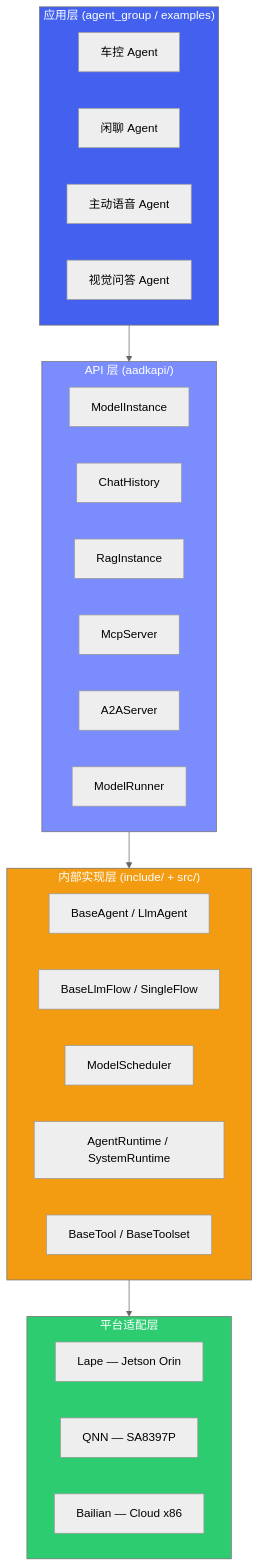
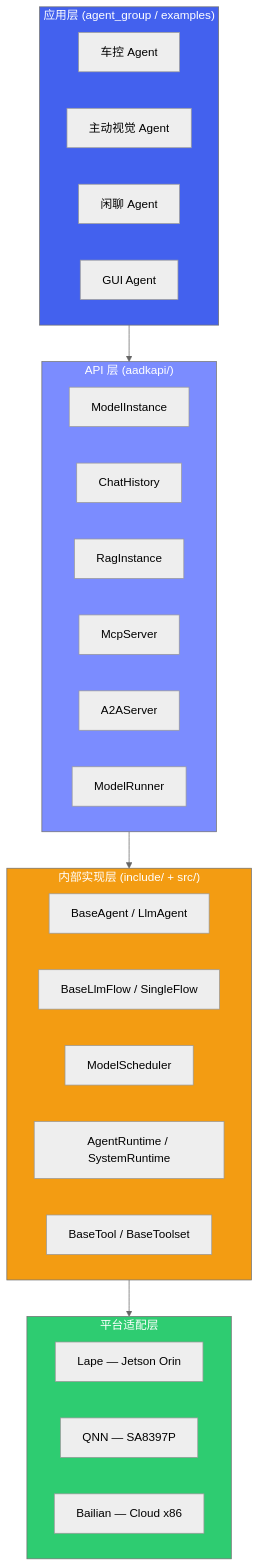
The first of 6 diagrams in cockpit/projects/agent-framework/agent-core.md (ranpin/edge-ai-docs), drawn with Mermaid (neutral theme) before and after one commit. The commit also changed other lines of this file, not shown here.

Commit message:
agent-core §1.1 应用层名目对齐 agent-group，补两篇分工说明
- 应用层「主动语音/视觉问答」改为实际 dispatcher「主动视觉/GUI」
- §1.1 图后加 note：代码级分层 vs 项目级总览（链 overview），并写明模型调用主线/协议执行主线两篇分工
- 未增删标题，sec-N 不变，入站锚点 sec-14/15 仍指向 §3.2/§3.3

````diff
--- a/cockpit/projects/agent-framework/agent-core.md
+++ b/cockpit/projects/agent-framework/agent-core.md
@@ -28,41 +28,41 @@
 ```mermaid
 graph TD
     subgraph APP["应用层 (agent_group / examples)"]
         A1["车控 Agent"]
-        A2["闲聊 Agent"]
-        A3["主动语音 Agent"]
-        A4["视觉问答 Agent"]
+        A2["主动视觉 Agent"]
+        A3["闲聊 Agent"]
+        A4["GUI Agent"]
     end
 
     subgraph API["API 层 (aadkapi/)"]
         B1["ModelInstance"]
         B2["ChatHistory"]
         B3["RagInstance"]
         B4["McpServer"]
         B5["A2AServer"]
         B6["ModelRunner"]
     end
 
     subgraph CORE["内部实现层 (include/ + src/)"]
         C1["BaseAgent / LlmAgent"]
         C2["BaseLlmFlow / SingleFlow"]
         C3["ModelScheduler"]
         C4["AgentRuntime / SystemRuntime"]
         C5["BaseTool / BaseToolset"]
     end
 
     subgraph PLATFORM["平台适配层"]
         D1["Lape — Jetson Orin"]
         D2["QNN — SA8397P"]
         D3["Bailian — Cloud x86"]
     end
 
     APP --> API
     API --> CORE
     CORE --> PLATFORM
 
     style APP fill:#4361ee,color:#fff
     style API fill:#7b8cff,color:#fff
     style CORE fill:#f39c12,color:#fff
     style PLATFORM fill:#2ecc71,color:#fff
 ```
````
